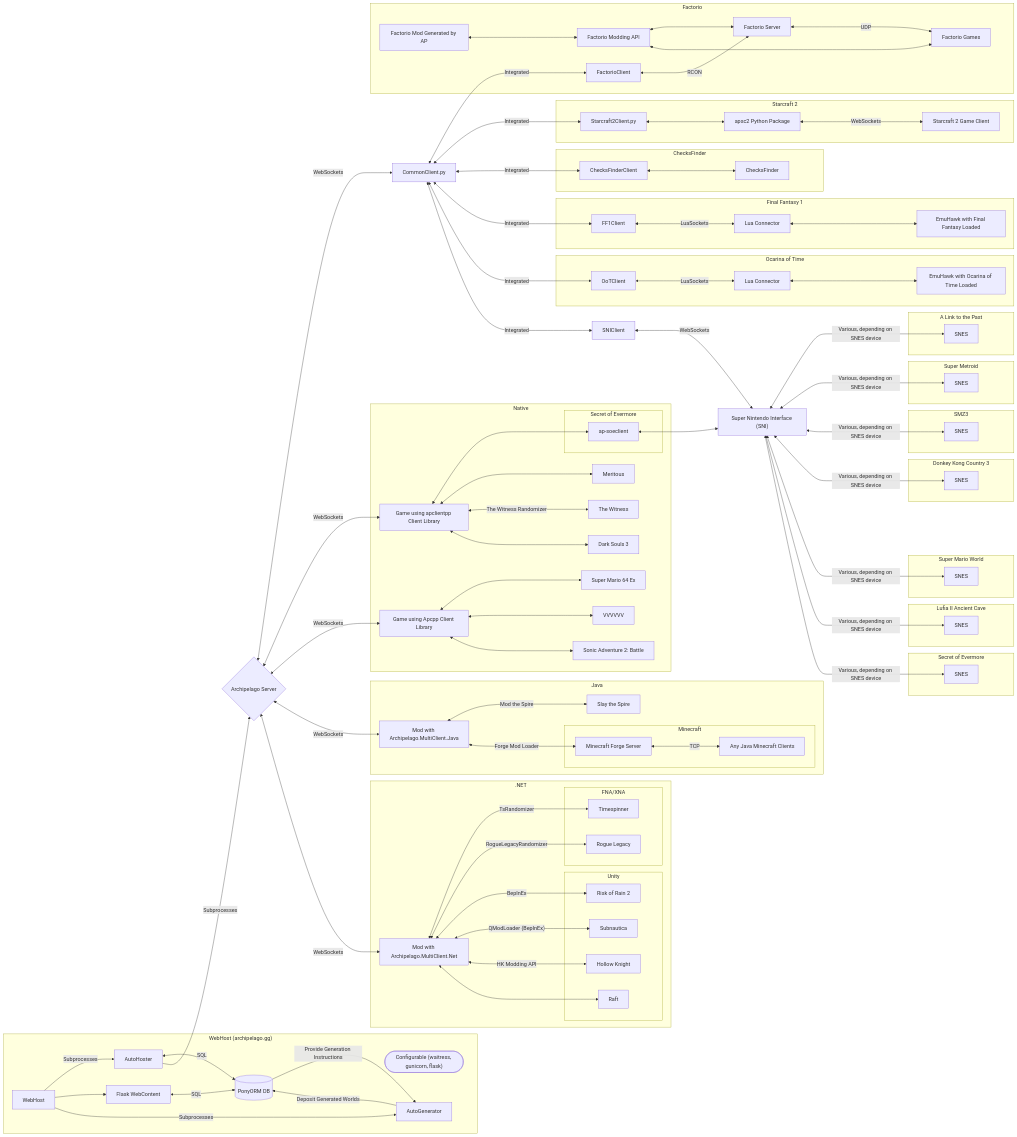
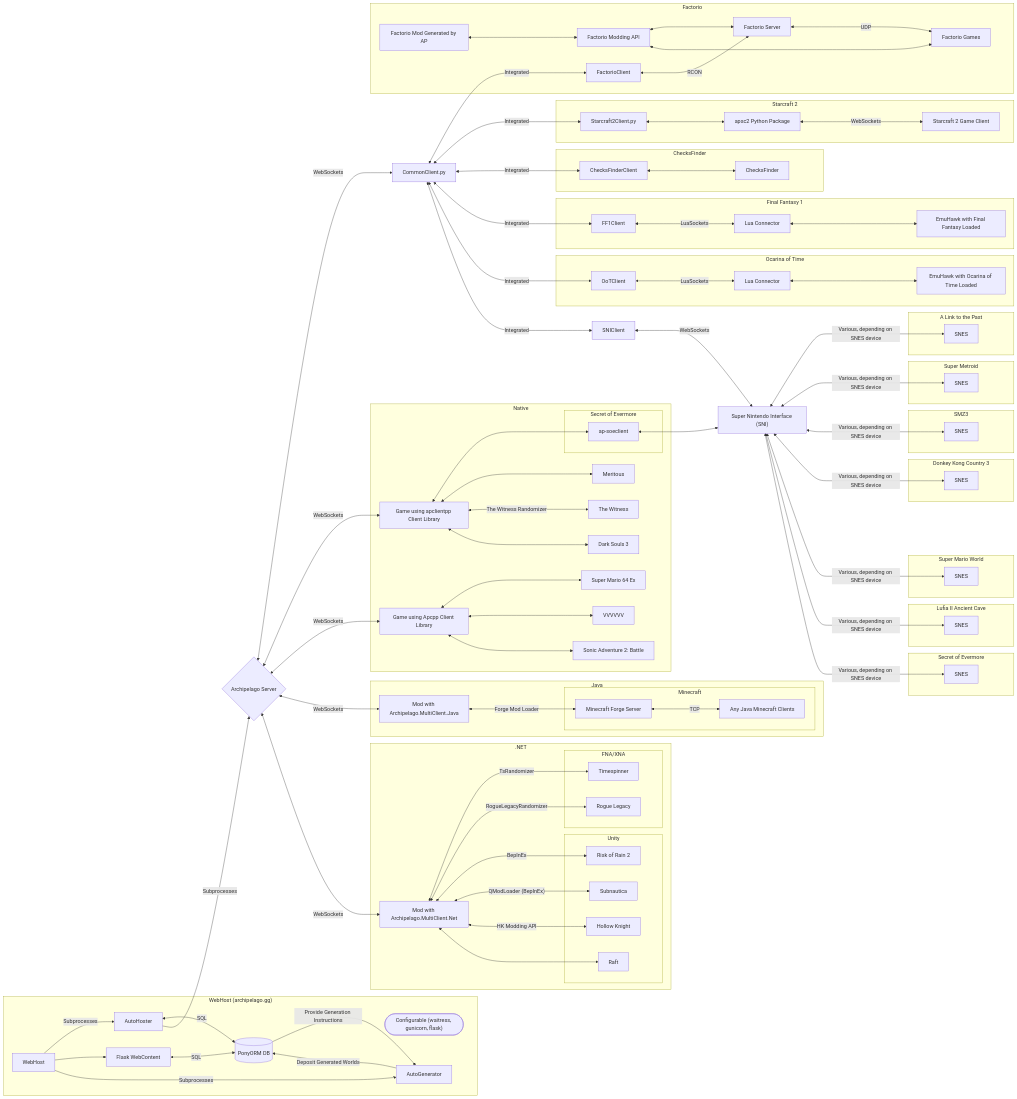
The diagram in docs/network diagram/network diagram.md (ArchipelagoMW/Archipelago), drawn with Mermaid before and after one commit. The commit also changed 2 other files, not shown here.

Commit message:
remove slay the spire

```diff
--- a/docs/network diagram/network diagram.md
+++ b/docs/network diagram/network diagram.md
@@ -117,8 +117,6 @@
     %% Java Based Games
     subgraph Java
         JM[Mod with Archipelago.MultiClient.Java]
-        STS[Slay the Spire]
-        JM <-- Mod the Spire --> STS
         subgraph Minecraft
             MCS[Minecraft Forge Server]
             JMC[Any Java Minecraft Clients]
```
